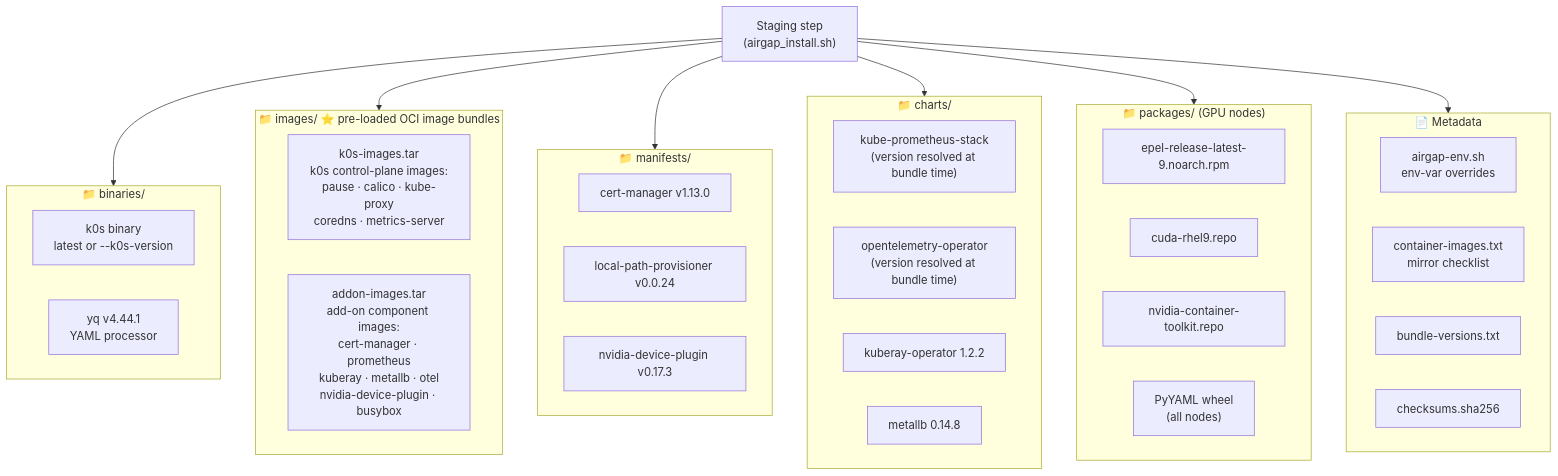
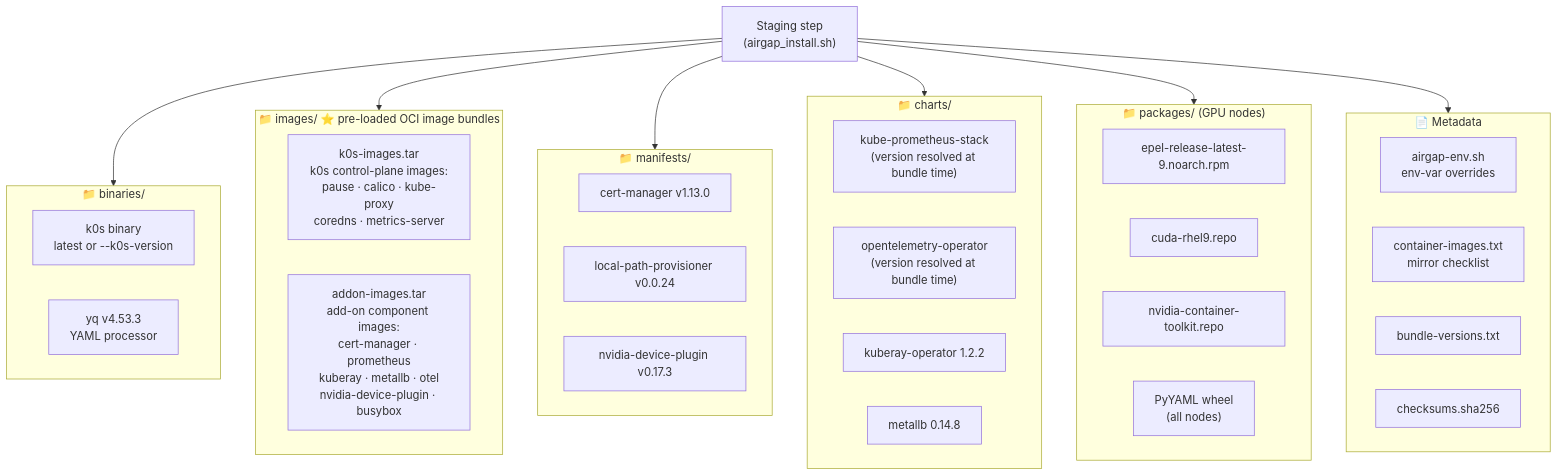
One commit to splunk/splunk-ai-operator changed the sixth of 11 diagrams in tools/cluster_setup/DEPLOYMENT_GUIDE.md. Above: the diagram before and after it, drawn with Mermaid. The commit also changed 10 other files, not shown here.

````diff
--- a/tools/cluster_setup/DEPLOYMENT_GUIDE.md
+++ b/tools/cluster_setup/DEPLOYMENT_GUIDE.md
@@ -499,43 +499,43 @@
 ```mermaid
 graph TD
     SCRIPT["Staging step\n(airgap_install.sh)"]
 
     subgraph BIN["📁 binaries/"]
         K0S["k0s binary\nlatest or --k0s-version"]
-        YQ["yq v4.44.1\nYAML processor"]
+        YQ["yq v4.53.3\nYAML processor"]
     end
 
     subgraph IMG["📁 images/  ⭐ pre-loaded OCI image bundles"]
         K0SIMG["k0s-images.tar\nk0s control-plane images:\npause · calico · kube-proxy\ncoredns · metrics-server"]
         ADDIMG["addon-images.tar\nadd-on component images:\ncert-manager · prometheus\nkuberay · metallb · otel\nnvidia-device-plugin · busybox"]
     end
 
     subgraph MAN["📁 manifests/"]
         CERT["cert-manager v1.13.0"]
         LP["local-path-provisioner v0.0.24"]
         NDP["nvidia-device-plugin v0.17.3"]
     end
 
     subgraph CHARTS["📁 charts/"]
         PROM["kube-prometheus-stack\n(version resolved at bundle time)"]
         OTEL["opentelemetry-operator\n(version resolved at bundle time)"]
         KUBERAY["kuberay-operator 1.2.2"]
         METALLB["metallb 0.14.8"]
     end
 
     subgraph PKGS["📁 packages/  (GPU nodes)"]
         EPEL["epel-release-latest-9.noarch.rpm"]
         CUDA["cuda-rhel9.repo"]
         CTK["nvidia-container-toolkit.repo"]
         PYYAML["PyYAML wheel\n(all nodes)"]
     end
 
     subgraph META["📄 Metadata"]
         ENV["airgap-env.sh\nenv-var overrides"]
         IMGS["container-images.txt\nmirror checklist"]
         VERS["bundle-versions.txt"]
         SUMS["checksums.sha256"]
     end
 
     SCRIPT --> BIN & IMG & MAN & CHARTS & PKGS & META
 ```
````
